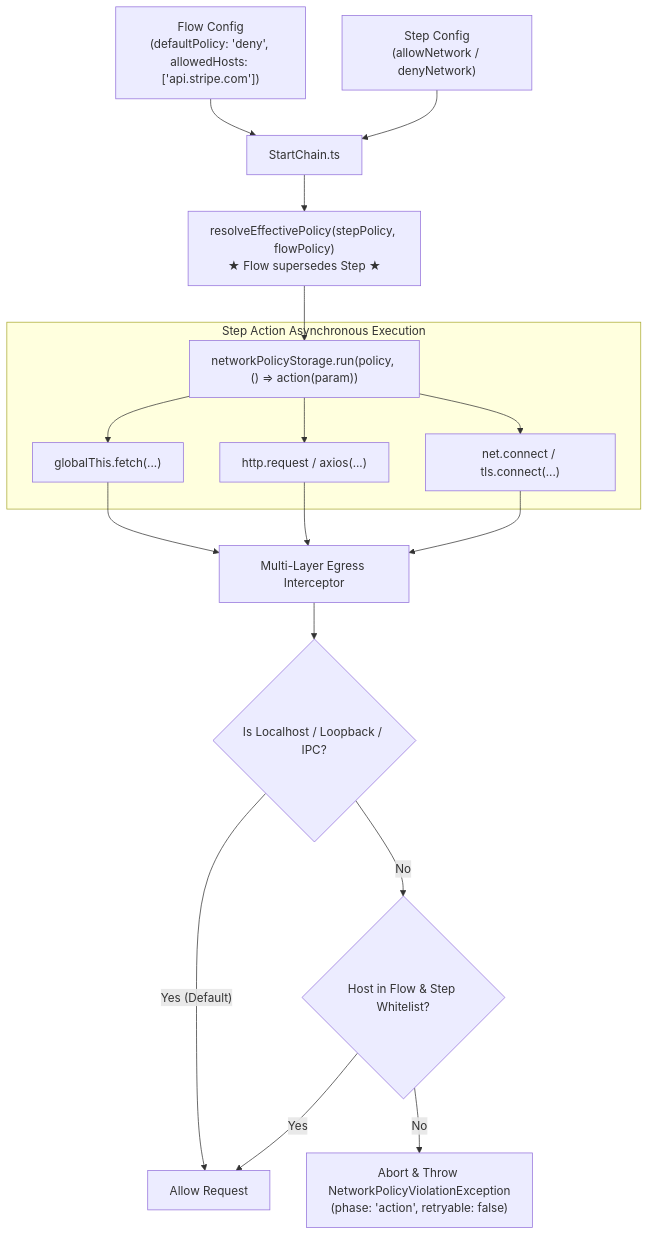
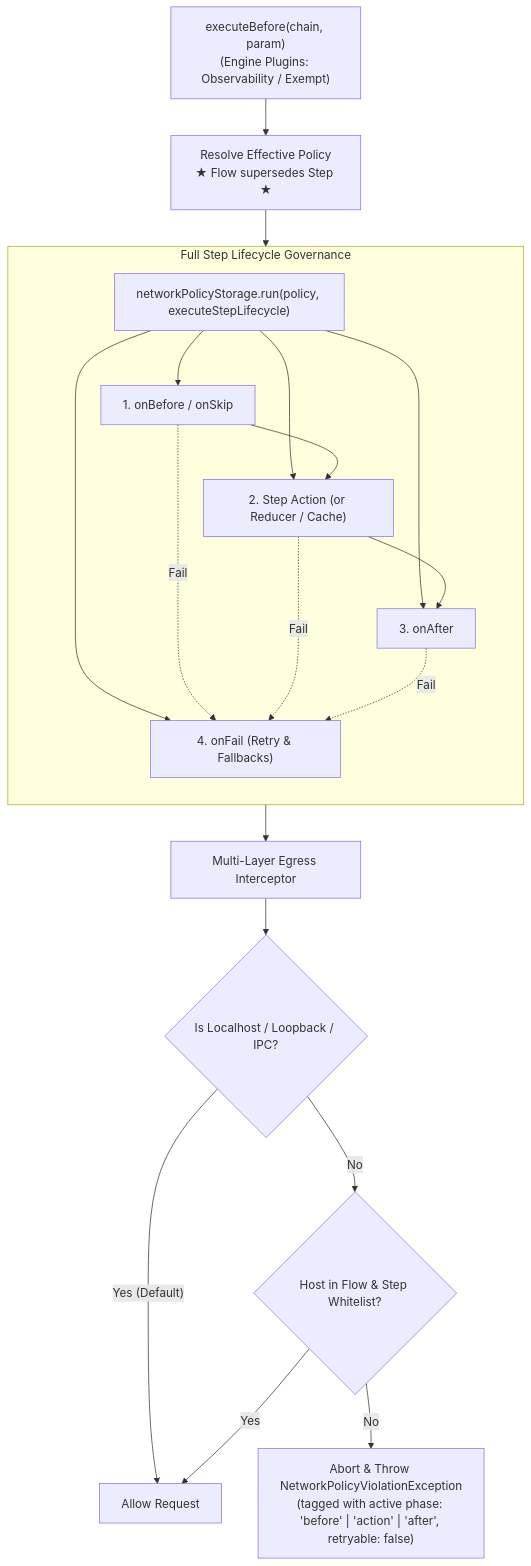
One commit to jsoftgem/siglo changed the diagram in roadmap/asl.md. Above: the diagram before and after it, drawn with Mermaid. The commit also changed other lines of this file and 4 other files, not shown here.

First line of the commit message:
feat(core): extend network egress guardrails to step lifecycle hooks

````diff
--- a/roadmap/asl.md
+++ b/roadmap/asl.md
@@ -38,25 +39,26 @@
 ```mermaid
 flowchart TD
-    Flow["Flow Config<br/>(defaultPolicy: 'deny', allowedHosts: ['api.stripe.com'])"] --> StartChain["StartChain.ts"]
-    Step["Step Config<br/>(allowNetwork / denyNetwork)"] --> StartChain
+    Plugins["executeBefore(chain, param)<br/>(Engine Plugins: Observability / Exempt)"] --> FlowCheck["Resolve Effective Policy<br/>★ Flow supersedes Step ★"]
+    FlowCheck --> ALS["networkPolicyStorage.run(policy, executeStepLifecycle)"]
     
-    StartChain --> Resolver["resolveEffectivePolicy(stepPolicy, flowPolicy)<br/>★ Flow supersedes Step ★"]
-    Resolver --> ALS["networkPolicyStorage.run(policy, () => action(param))"]
-    
-    subgraph StepExecution ["Step Action Asynchronous Execution"]
-        ALS --> FetchCall["globalThis.fetch(...)"]
-        ALS --> AxiosCall["http.request / axios(...)"]
-        ALS --> SocketCall["net.connect / tls.connect(...)"]
+    subgraph StepExecution ["Full Step Lifecycle Governance"]
+        direction TB
+        ALS --> OnBefore["1. onBefore / onSkip"]
+        ALS --> Action["2. Step Action (or Reducer / Cache)"]
+        ALS --> OnAfter["3. onAfter"]
+        ALS --> OnFail["4. onFail (Retry & Fallbacks)"]
+        
+        OnBefore --> Action --> OnAfter
+        OnBefore -.->|Fail| OnFail
+        Action -.->|Fail| OnFail
+        OnAfter -.->|Fail| OnFail
     end
     
-    FetchCall --> Interceptor["Multi-Layer Egress Interceptor"]
-    AxiosCall --> Interceptor
-    SocketCall --> Interceptor
-    
+    StepExecution --> Interceptor["Multi-Layer Egress Interceptor"]
     Interceptor --> IsLocal{"Is Localhost / Loopback / IPC?"}
     IsLocal -- "Yes (Default)" --> Allow["Allow Request"]
     IsLocal -- "No" --> CheckAllowlist{"Host in Flow & Step Whitelist?"}
     
     CheckAllowlist -- "Yes" --> Allow
-    CheckAllowlist -- "No" --> ThrowError["Abort & Throw NetworkPolicyViolationException<br/>(phase: 'action', retryable: false)"]
+    CheckAllowlist -- "No" --> ThrowError["Abort & Throw NetworkPolicyViolationException<br/>(tagged with active phase: 'before' | 'action' | 'after', retryable: false)"]
 ```
````
